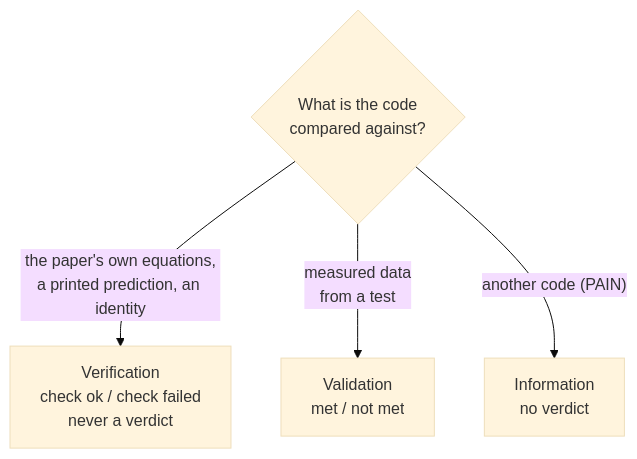
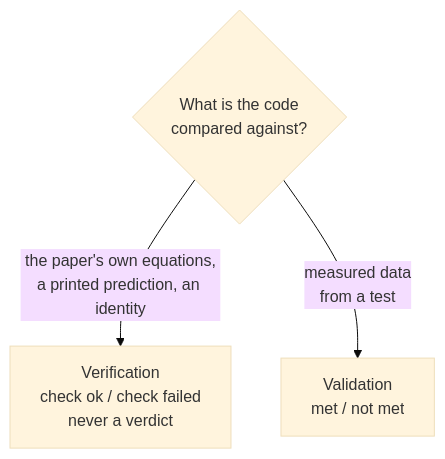
The third of 5 diagrams in Cabin_Noise/VALIDATION.md (hoangf1/PAIN), drawn with Mermaid (base theme) before and after one commit. The commit also changed other lines of this file and 6 other files, not shown here.

````diff
--- a/Cabin_Noise/VALIDATION.md
+++ b/Cabin_Noise/VALIDATION.md
@@ -53,7 +53,6 @@
 ```mermaid
 flowchart TD
     Q{"What is the code<br/>compared against?"}
     Q -- "the paper's own equations,<br/>a printed prediction, an identity" --> V["Verification<br/>check ok / check failed<br/>never a verdict"]
     Q -- "measured data<br/>from a test" --> X["Validation<br/>met / not met"]
-    Q -- "another code (PAIN)" --> I["Information<br/>no verdict"]
 ```
````
